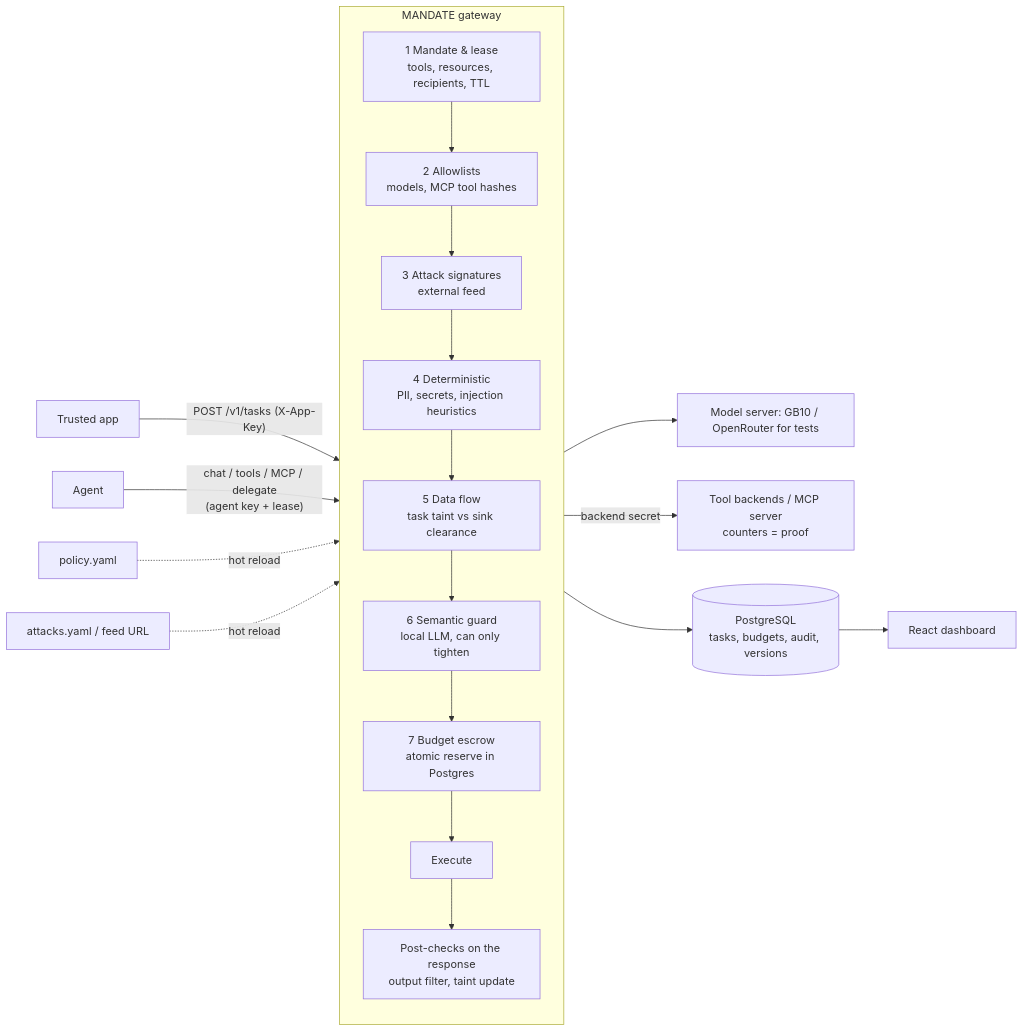
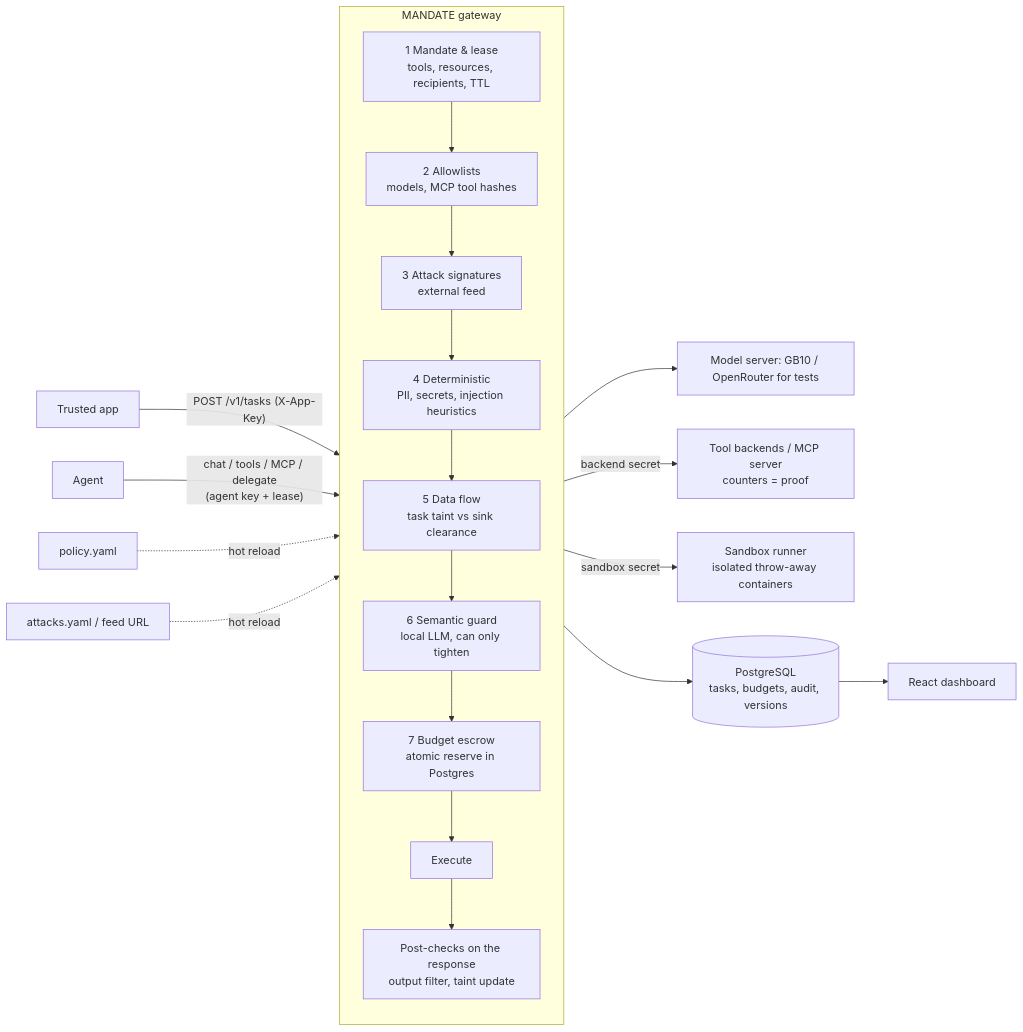
The diagram in README.md (Alfiarze/hackyeah-2026-goldman), drawn with Mermaid before and after one commit. The commit also changed other lines of this file and 19 other files, not shown here.

````diff
--- a/README.md
+++ b/README.md
@@ -52,22 +52,23 @@
 ```mermaid
 flowchart LR
   App[Trusted app] -- "POST /v1/tasks (X-App-Key)" --> GW
   Agent -- "chat / tools / MCP / delegate<br/>(agent key + lease)" --> GW
   subgraph GW[MANDATE gateway]
     direction TB
     M[1 Mandate & lease<br/>tools, resources, recipients, TTL] --> A[2 Allowlists<br/>models, MCP tool hashes]
     A --> S[3 Attack signatures<br/>external feed]
     S --> D[4 Deterministic<br/>PII, secrets, injection heuristics]
     D --> T[5 Data flow<br/>task taint vs sink clearance]
     T --> SEM[6 Semantic guard<br/>local LLM, can only tighten]
     SEM --> B[7 Budget escrow<br/>atomic reserve in Postgres]
     B --> X[Execute]
     X --> P[Post-checks on the response<br/>output filter, taint update]
   end
   GW --> LLM[Model server: GB10 / OpenRouter for tests]
   GW -- "backend secret" --> Tools[Tool backends / MCP server<br/>counters = proof]
+  GW -- "sandbox secret" --> Sbx[Sandbox runner<br/>isolated throw-away containers]
   GW --> PG[(PostgreSQL<br/>tasks, budgets, audit, versions)]
   Policy[policy.yaml] -. hot reload .-> GW
   Feed[attacks.yaml / feed URL] -. hot reload .-> GW
   PG --> Dash[React dashboard]
 ```
````
